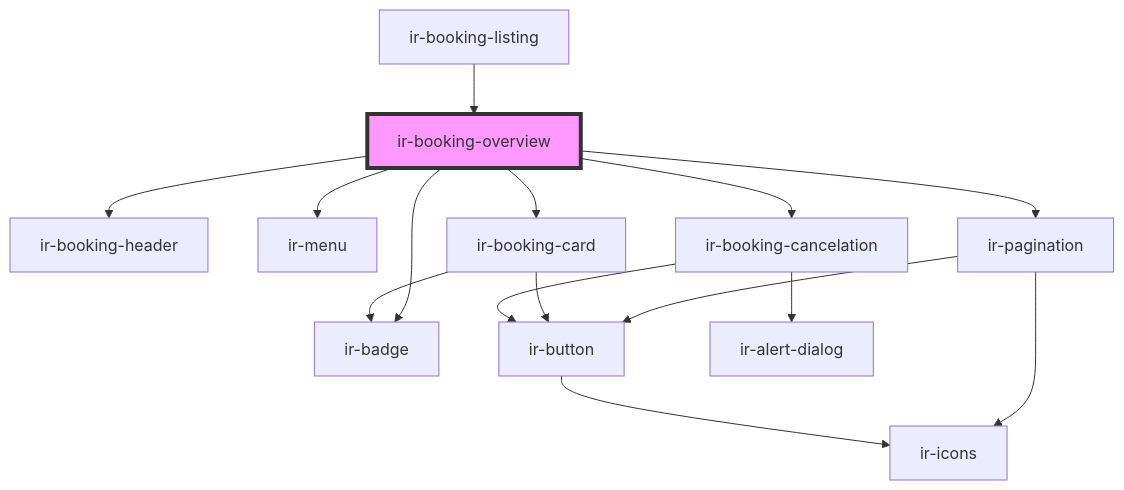
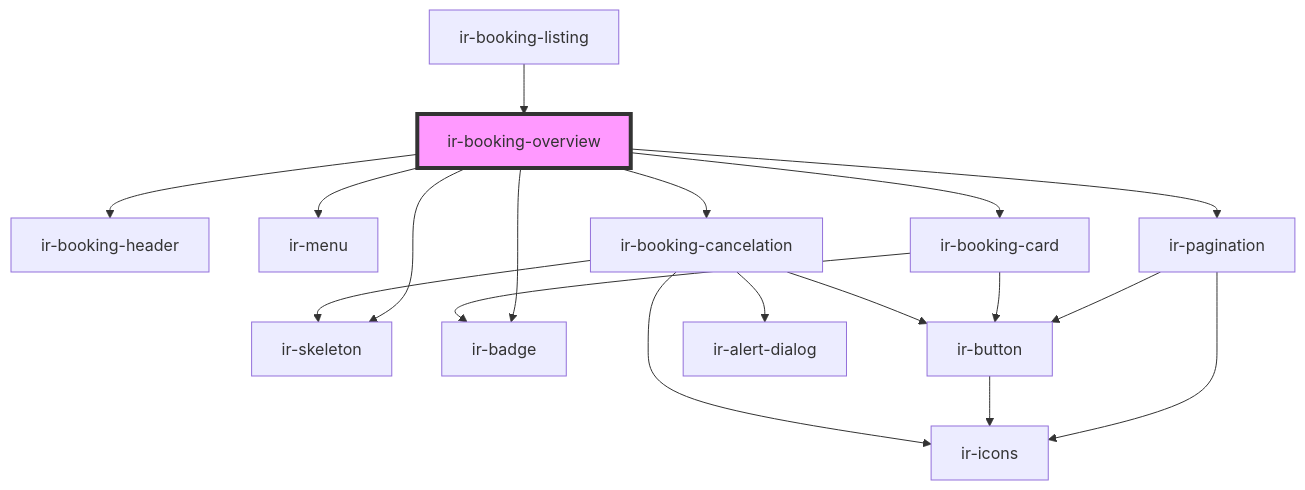
One commit to RonyRizk/ir-be changed the diagram in src/components/ir-booking-engine/ir-booking-listing/ir-booking-overview/readme.md. Above: the diagram before and after it, drawn with Mermaid. The commit also changed other lines of this file and 144 other files, not shown here.

````diff
--- a/src/components/ir-booking-engine/ir-booking-listing/ir-booking-overview/readme.md
+++ b/src/components/ir-booking-engine/ir-booking-listing/ir-booking-overview/readme.md
@@ -44,18 +45,21 @@
 ```mermaid
 graph TD;
+  ir-booking-overview --> ir-skeleton
   ir-booking-overview --> ir-booking-header
   ir-booking-overview --> ir-badge
   ir-booking-overview --> ir-menu
   ir-booking-overview --> ir-pagination
   ir-booking-overview --> ir-booking-card
   ir-booking-overview --> ir-booking-cancelation
   ir-pagination --> ir-button
   ir-pagination --> ir-icons
   ir-button --> ir-icons
   ir-booking-card --> ir-badge
   ir-booking-card --> ir-button
   ir-booking-cancelation --> ir-alert-dialog
+  ir-booking-cancelation --> ir-skeleton
+  ir-booking-cancelation --> ir-icons
   ir-booking-cancelation --> ir-button
   ir-booking-listing --> ir-booking-overview
   style ir-booking-overview fill:#f9f,stroke:#333,stroke-width:4px
 ```
````
